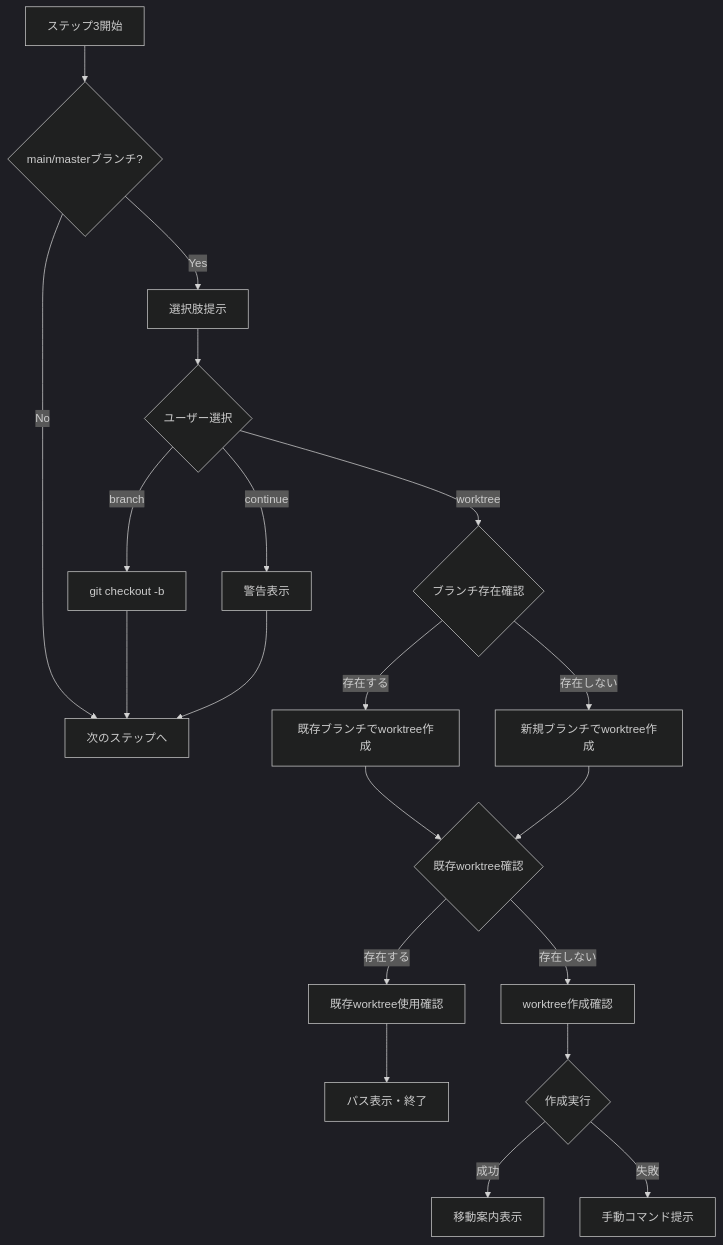
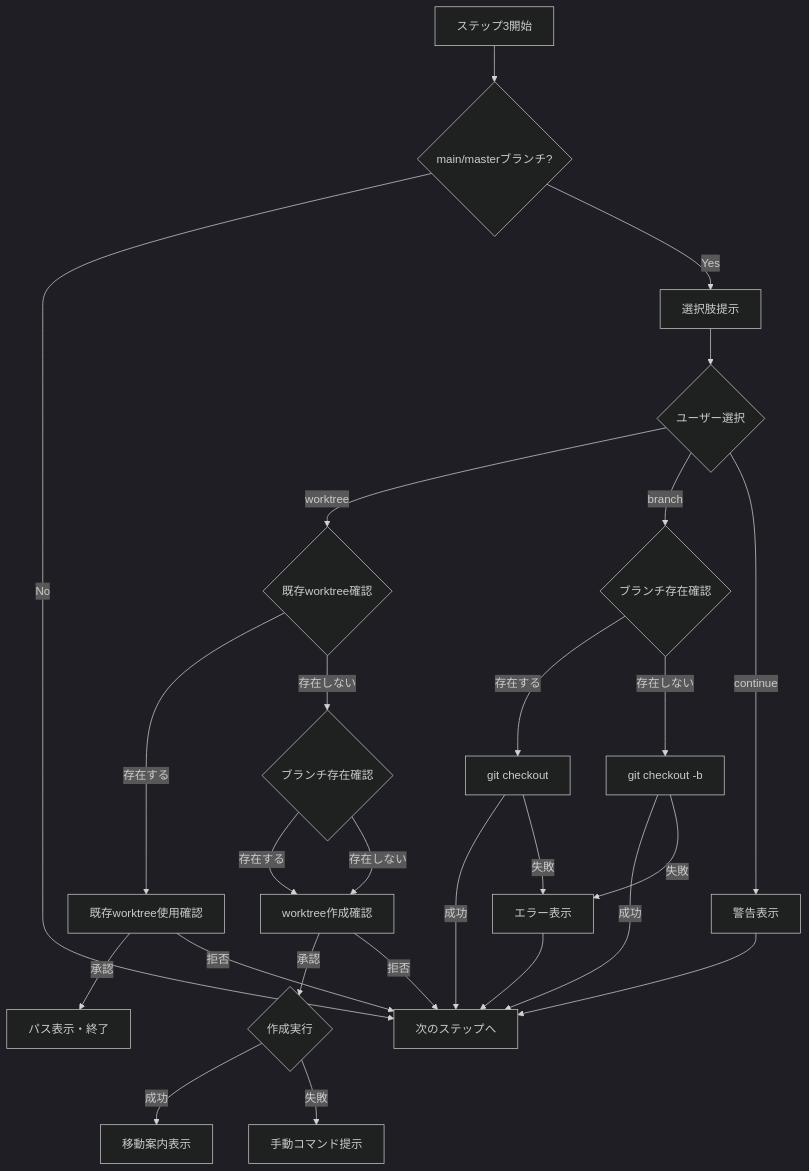
One commit to ikeisuke/ai-dlc-starter-kit changed the diagram in docs/cycles/v1.6.0/design-artifacts/domain-models/setup-flow-improvement_domain_model.md. Above: the diagram before and after it, drawn with Mermaid (dark theme). The commit also changed other lines of this file and 1 other file, not shown here.

````diff
--- a/docs/cycles/v1.6.0/design-artifacts/domain-models/setup-flow-improvement_domain_model.md
+++ b/docs/cycles/v1.6.0/design-artifacts/domain-models/setup-flow-improvement_domain_model.md
@@ -100,22 +126,33 @@
 ```mermaid
 flowchart TD
     A[ステップ3開始] --> B{main/masterブランチ?}
     B -->|No| Z[次のステップへ]
     B -->|Yes| C[選択肢提示]
     C --> D{ユーザー選択}
-    D -->|worktree| E{ブランチ存在確認}
-    D -->|branch| F[git checkout -b]
+    D -->|worktree| E{既存worktree確認}
+    D -->|branch| F{ブランチ存在確認}
     D -->|continue| G[警告表示]
-    E -->|存在する| H[既存ブランチでworktree作成]
-    E -->|存在しない| I[新規ブランチでworktree作成]
-    H --> J{既存worktree確認}
-    I --> J
-    J -->|存在する| K[既存worktree使用確認]
-    J -->|存在しない| L[worktree作成確認]
-    K --> M[パス表示・終了]
-    L --> N{作成実行}
+
+    %% worktreeフロー
+    E -->|存在する| K[既存worktree使用確認]
+    E -->|存在しない| E2{ブランチ存在確認}
+    K -->|承認| M[パス表示・終了]
+    K -->|拒否| Z
+    E2 -->|存在する| L[worktree作成確認]
+    E2 -->|存在しない| L
+    L -->|承認| N{作成実行}
+    L -->|拒否| Z
     N -->|成功| O[移動案内表示]
     N -->|失敗| P[手動コマンド提示]
-    F --> Z
+
+    %% branchフロー
+    F -->|存在する| F1[git checkout]
+    F -->|存在しない| F2[git checkout -b]
+    F1 -->|成功| Z
+    F1 -->|失敗| F3[エラー表示]
+    F2 -->|成功| Z
+    F2 -->|失敗| F3
+    F3 --> Z
+
     G --> Z
 ```
````
